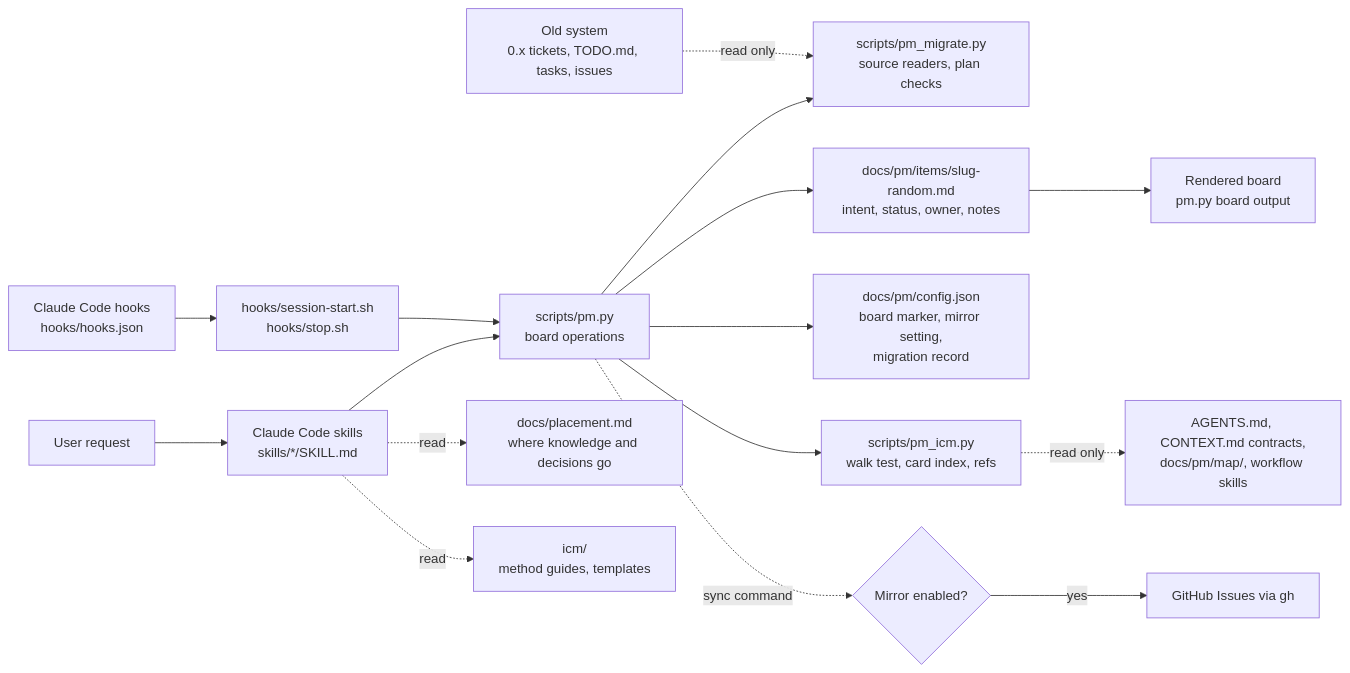
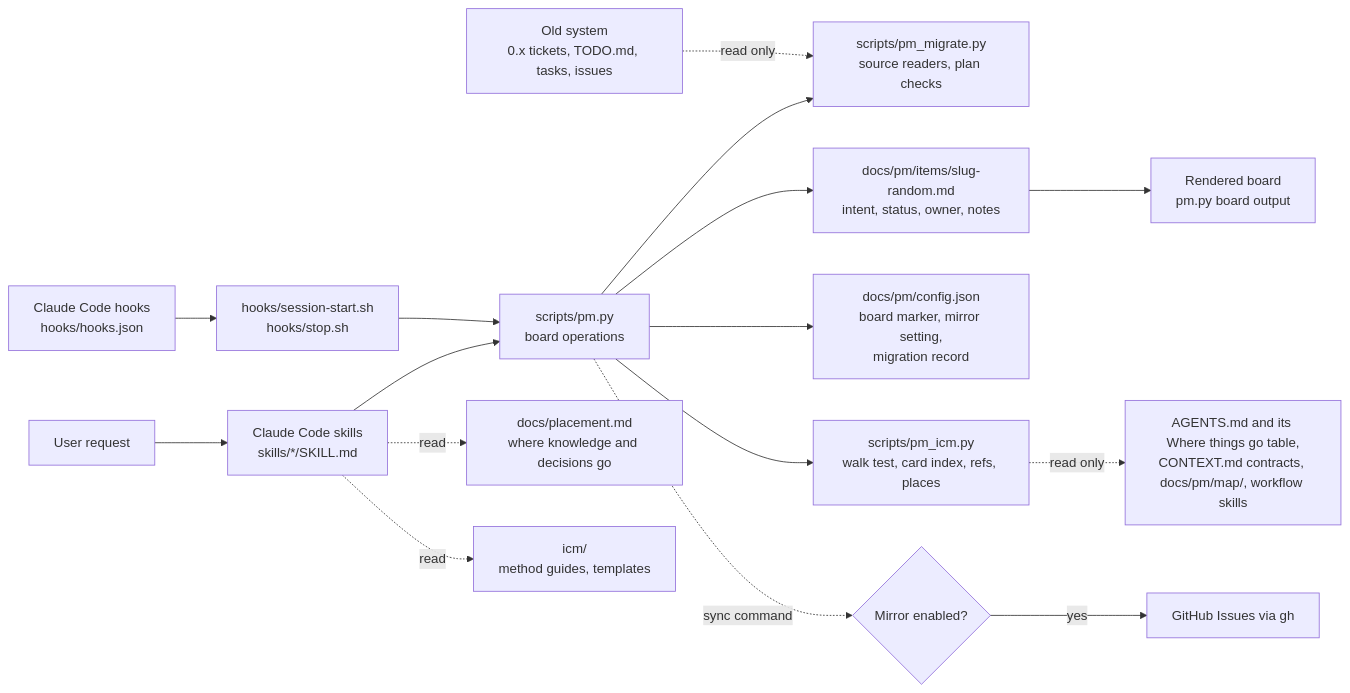
The first of 4 diagrams in docs/architecture.md (yehezkieled/pm-plugin), drawn with Mermaid before and after one commit. The commit also changed other lines of this file and 67 other files, not shown here.

````diff
--- a/docs/architecture.md
+++ b/docs/architecture.md
@@ -7,18 +7,18 @@
 ```mermaid
 flowchart LR
   U[User request] --> S[Claude Code skills<br/>skills/*/SKILL.md]
   S --> C[scripts/pm.py<br/>board operations]
   C --> M[scripts/pm_migrate.py<br/>source readers, plan checks]
   OLD[Old system<br/>0.x tickets, TODO.md, tasks, issues] -. read only .-> M
   C --> I[docs/pm/items/slug-random.md<br/>intent, status, owner, notes]
   C --> K[docs/pm/config.json<br/>board marker, mirror setting,<br/>migration record]
   S -. read .-> PG[docs/placement.md<br/>where knowledge and decisions go]
   S -. read .-> ICM[icm/<br/>method guides, templates]
-  C --> W[scripts/pm_icm.py<br/>walk test, card index, refs]
-  W -. read only .-> R[AGENTS.md, CONTEXT.md contracts,<br/>docs/pm/map/, workflow skills]
+  C --> W[scripts/pm_icm.py<br/>walk test, card index, refs, places]
+  W -. read only .-> R[AGENTS.md and its Where things go table,<br/>CONTEXT.md contracts, docs/pm/map/, workflow skills]
   I --> B[Rendered board<br/>pm.py board output]
   H[Claude Code hooks<br/>hooks/hooks.json] --> SH[hooks/session-start.sh<br/>hooks/stop.sh]
   SH --> C
   G{Mirror enabled?} -->|yes| GH[GitHub Issues via gh]
   C -. sync command .-> G
 ```
````
